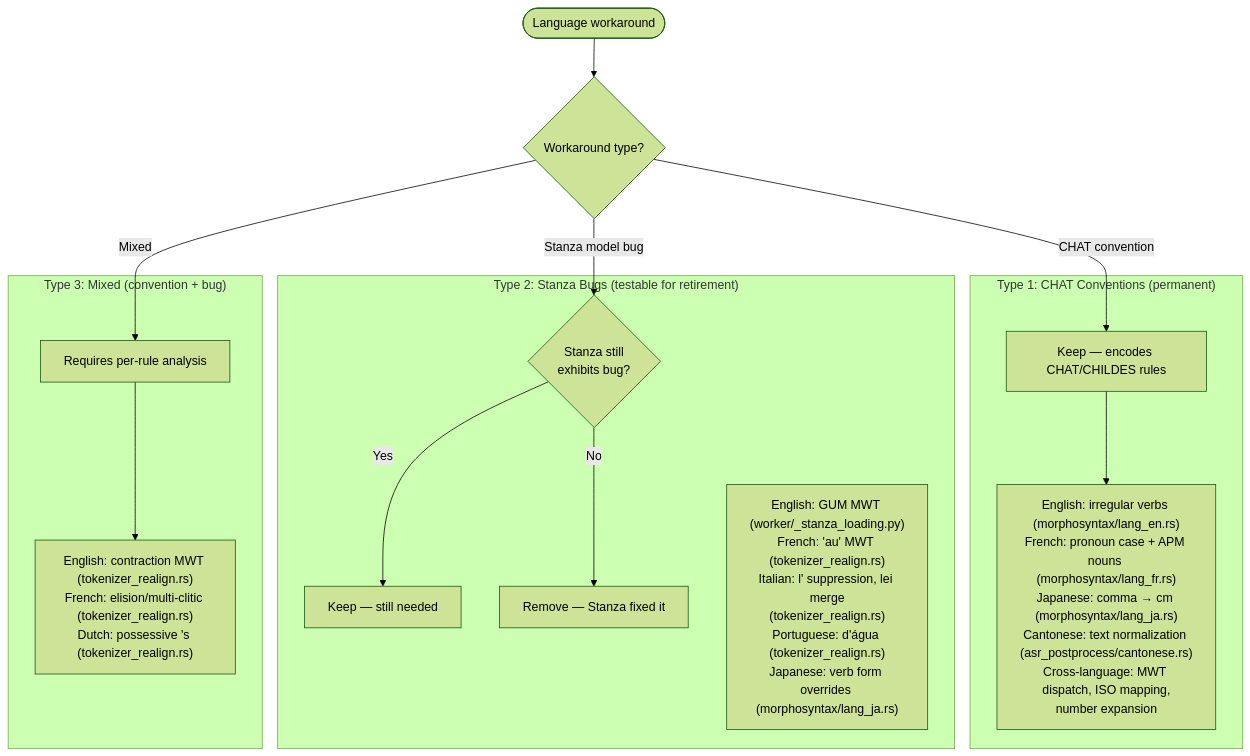
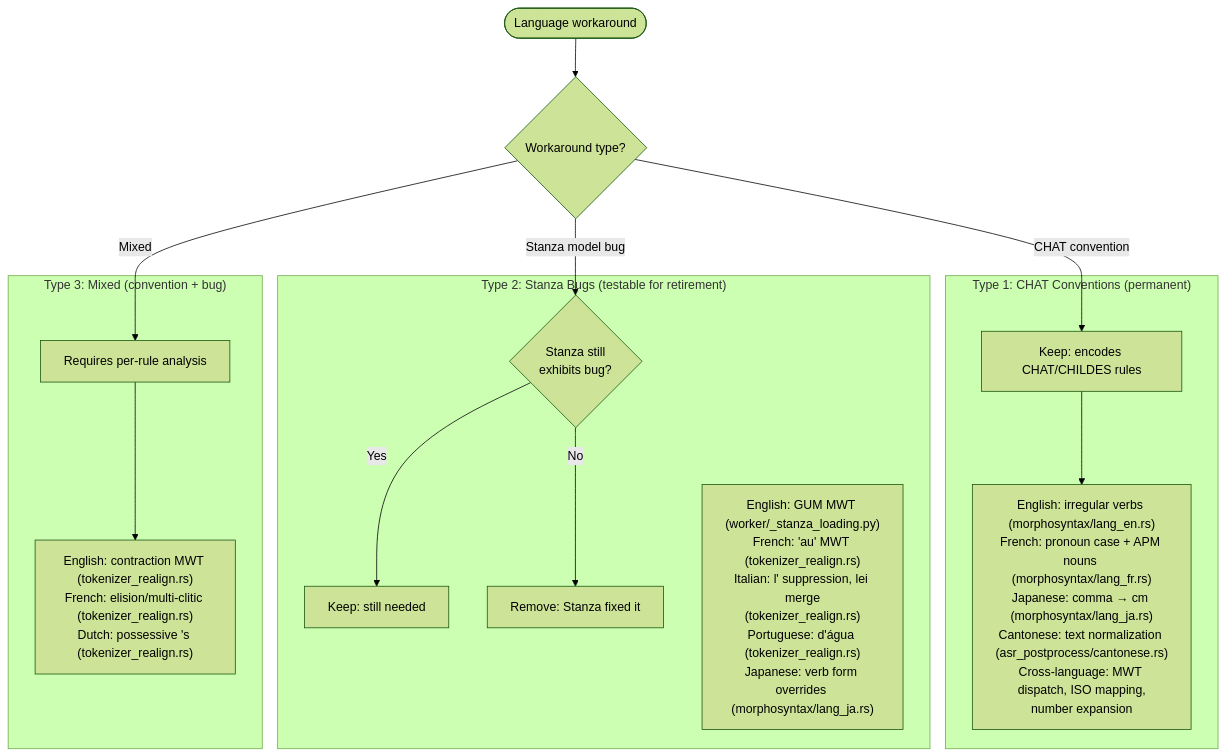
Before and after one commit to TalkBank/talkbank-tools: the diagram in book/src/batchalign/developer/non-english-workarounds.md, drawn with Mermaid (forest theme). The commit also changed 706 other files, not shown here.

````diff
--- a/book/src/batchalign/developer/non-english-workarounds.md
+++ b/book/src/batchalign/developer/non-english-workarounds.md
@@ -36,30 +36,30 @@
 ```mermaid
 flowchart TD
     workaround(["Language workaround"])
     type{"Workaround type?"}
 
     subgraph "Type 1: CHAT Conventions (permanent)"
-        t1["Keep — encodes CHAT/CHILDES rules"]
+        t1["Keep: encodes CHAT/CHILDES rules"]
         t1_langs["English: irregular verbs (morphosyntax/lang_en.rs)\nFrench: pronoun case + APM nouns (morphosyntax/lang_fr.rs)\nJapanese: comma → cm (morphosyntax/lang_ja.rs)\nCantonese: text normalization (asr_postprocess/cantonese.rs)\nCross-language: MWT dispatch, ISO mapping,\nnumber expansion"]
     end
 
     subgraph "Type 2: Stanza Bugs (testable for retirement)"
         t2{"Stanza still\nexhibits bug?"}
-        t2_keep["Keep — still needed"]
-        t2_remove["Remove — Stanza fixed it"]
+        t2_keep["Keep: still needed"]
+        t2_remove["Remove: Stanza fixed it"]
         t2_langs["English: GUM MWT (worker/_stanza_loading.py)\nFrench: 'au' MWT (tokenizer_realign.rs)\nItalian: l' suppression, lei merge\n(tokenizer_realign.rs)\nPortuguese: d'água (tokenizer_realign.rs)\nJapanese: verb form overrides (morphosyntax/lang_ja.rs)"]
     end
 
     subgraph "Type 3: Mixed (convention + bug)"
         t3["Requires per-rule analysis"]
         t3_langs["English: contraction MWT (tokenizer_realign.rs)\nFrench: elision/multi-clitic (tokenizer_realign.rs)\nDutch: possessive 's (tokenizer_realign.rs)"]
     end
 
     workaround --> type
     type -->|"CHAT convention"| t1 --> t1_langs
     type -->|"Stanza model bug"| t2
     t2 -->|Yes| t2_keep
     t2 -->|No| t2_remove
     t2 ~~~ t2_langs
     type -->|"Mixed"| t3 --> t3_langs
 ```
````
